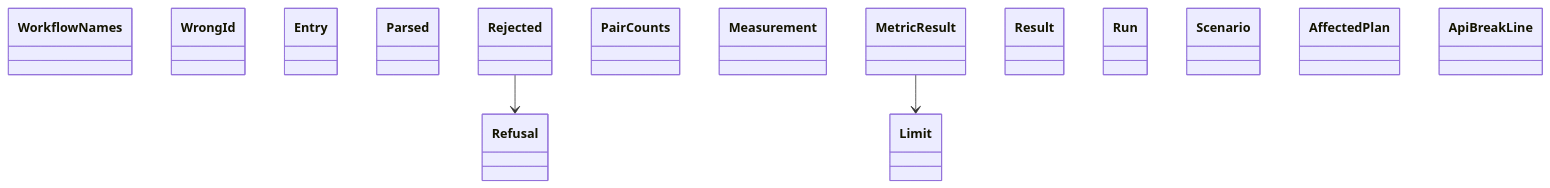
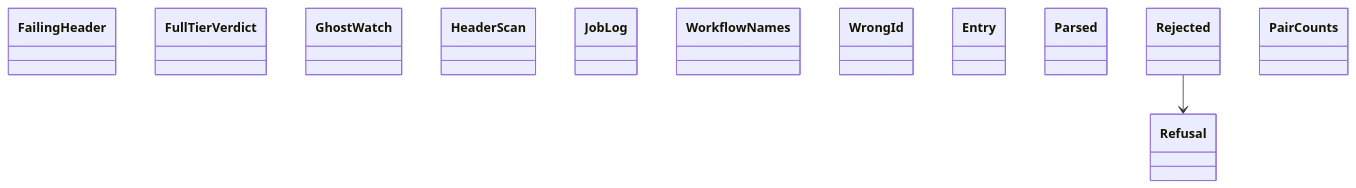
The diagram in docs/architecture/generated/classes-process-domain-checks-2.md (GonzaloZevallos/agentic-system), drawn with Mermaid before and after one commit. The commit also changed other lines of this file and 23 other files, not shown here.

Commit message:
Regenerate the architecture docs for the CI log header reader

````diff
--- a/docs/architecture/generated/classes-process-domain-checks-2.md
+++ b/docs/architecture/generated/classes-process-domain-checks-2.md
@@ -27,20 +28,16 @@
 ```mermaid
 classDiagram
+    class ci__FailingHeader["FailingHeader"]
+    class ci__FullTierVerdict["FullTierVerdict"]
+    class ci__GhostWatch["GhostWatch"]
+    class ci__HeaderScan["HeaderScan"]
+    class ci__JobLog["JobLog"]
     class ci_workflow__WorkflowNames["WorkflowNames"]
     class ci_workflow__WrongId["WrongId"]
     class coverage__Entry["Entry"]
     class coverage__Parsed["Parsed"]
     class coverage__Refusal["Refusal"]
     class coverage__Rejected["Rejected"]
     class merge_ci__PairCounts["PairCounts"]
-    class performance__Limit["Limit"]
-    class performance__Measurement["Measurement"]
-    class performance__MetricResult["MetricResult"]
-    class performance__Result["Result"]
-    class performance__Run["Run"]
-    class performance__Scenario["Scenario"]
-    class presubmit__AffectedPlan["AffectedPlan"]
-    class presubmit__ApiBreakLine["ApiBreakLine"]
     coverage__Rejected --> coverage__Refusal
-    performance__MetricResult --> performance__Limit
 ```
````
